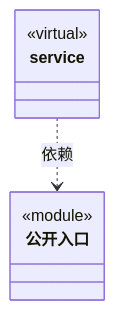
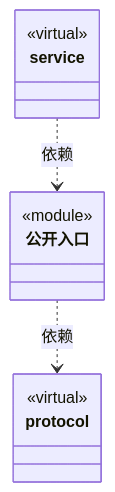
One commit to nan023062/cbim changed the diagram in src/logic/models/ARCHITECTURE.md. Above: the diagram before and after it, drawn with Mermaid. The commit also changed other lines of this file and 480 other files, not shown here.

````diff
--- a/src/logic/models/ARCHITECTURE.md
+++ b/src/logic/models/ARCHITECTURE.md
@@ -21,12 +21,17 @@
 ```mermaid
 classDiagram
 class N_8ac456a485c9["公开入口"] {
   <<module>>
 }
 click N_8ac456a485c9 href "index.ts"
+class N_5c23708d3ede["protocol"] {
+  <<virtual>>
+}
+click N_5c23708d3ede href "protocol/ARCHITECTURE.md"
 class N_3da65b7589f4["service"] {
   <<virtual>>
 }
 click N_3da65b7589f4 href "service/ARCHITECTURE.md"
+N_8ac456a485c9 ..> N_5c23708d3ede : 依赖
 N_3da65b7589f4 ..> N_8ac456a485c9 : 依赖
 ```
````
